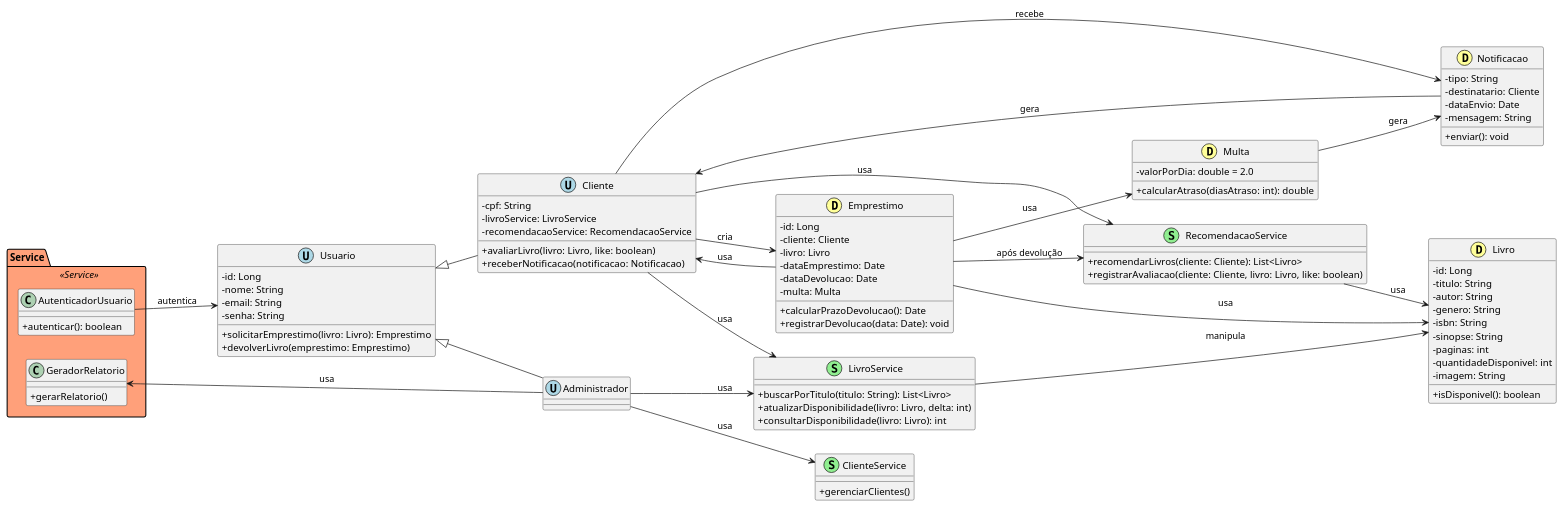
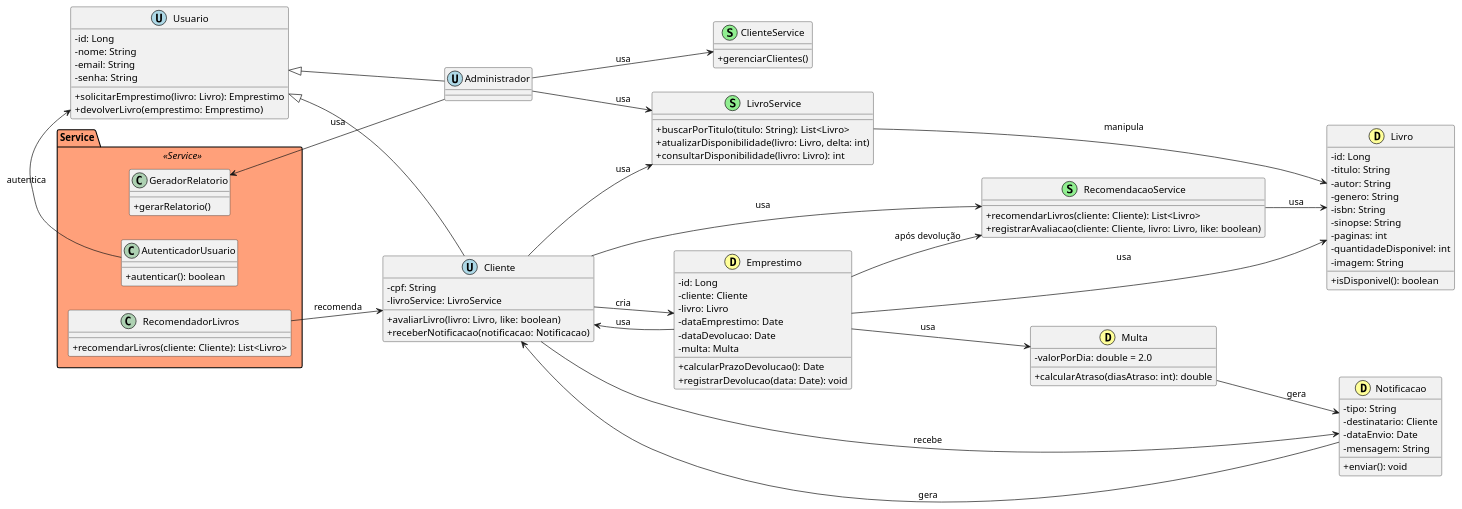
Before and after one commit to cmoiss/sistema-de-biblioteca: the diagram in docs/uml/class-diagram/class-diagram-2.0.puml, drawn with PlantUML.

Commit message:
refactor: RecomendadorLivro
Cliente não recomenda livro a si mesmo

```diff
--- a/docs/uml/class-diagram/class-diagram-2.0.puml
+++ b/docs/uml/class-diagram/class-diagram-2.0.puml
@@ -1,124 +1,129 @@
 @startuml "Diagrama de Classe"
 skinparam classAttributeIconSize 0
 left to right direction
 
 skinparam package {
     BackgroundColor<<Service>> LightSalmon
 }
 
 package "Service" <<Service>> {
     class AutenticadorUsuario {
         +autenticar(): boolean
     }
 
     class GeradorRelatorio {
         + gerarRelatorio()
+    }
+
+    class RecomendadorLivros {
+        + recomendarLivros(cliente: Cliente): List<Livro>
     }
 }
 
 ' Estilos por tipo
 ' Usuários - Azul
 class Usuario << (U,#ADD8E6) >> {
     -id: Long
     -nome: String
     -email: String
     -senha: String
     +solicitarEmprestimo(livro: Livro): Emprestimo
     +devolverLivro(emprestimo: Emprestimo)
 }
 
 class Administrador << (U,#ADD8E6) >> {
 }
 
 class Cliente << (U,#ADD8E6) >> {
     - cpf: String
     -livroService: LivroService
-    -recomendacaoService: RecomendacaoService
     +avaliarLivro(livro: Livro, like: boolean)
     +receberNotificacao(notificacao: Notificacao)
 }
 
 ' Serviços - Verde
 class LivroService << (S,#90EE90) >> {
     +buscarPorTitulo(titulo: String): List<Livro>
     +atualizarDisponibilidade(livro: Livro, delta: int)
     +consultarDisponibilidade(livro: Livro): int
 }
 
 class ClienteService << (S,#90EE90) >> {
     +gerenciarClientes()
 }
 
 class RecomendacaoService << (S,#90EE90) >> {
     +recomendarLivros(cliente: Cliente): List<Livro>
     +registrarAvaliacao(cliente: Cliente, livro: Livro, like: boolean)
 }
 
 ' Domínio - Amarelo
 class Livro << (D,#FFFF99) >> {
     -id: Long
     -titulo: String
     -autor: String
     -genero: String
     -isbn: String
     -sinopse: String
     -paginas: int
     -quantidadeDisponivel: int
     -imagem: String
     +isDisponivel(): boolean
 }
 
 class Emprestimo << (D,#FFFF99) >> {
     -id: Long
     -cliente: Cliente
     -livro: Livro
     -dataEmprestimo: Date
     -dataDevolucao: Date
     -multa: Multa
     +calcularPrazoDevolucao(): Date
     +registrarDevolucao(data: Date): void
 }
 
 class Multa << (D,#FFFF99) >> {
     -valorPorDia: double = 2.0
     +calcularAtraso(diasAtraso: int): double
 }
 
 class Notificacao << (D,#FFFF99) >> {
     -tipo: String
     -destinatario: Cliente
     -dataEnvio: Date
     -mensagem: String
     +enviar(): void
 }
 
 ' Heranças
 Usuario <|-- Administrador
 Usuario <|-- Cliente
 
 ' Relacionamentos
 AutenticadorUsuario --> Usuario : autentica
 
 Administrador --> LivroService : usa
 Administrador --> ClienteService : usa
 Administrador --> GeradorRelatorio : usa
 
 Cliente --> LivroService : usa
 Cliente --> RecomendacaoService : usa
 Cliente --> Notificacao : recebe
 Cliente --> Emprestimo : cria
 
 Emprestimo --> Livro : usa
 Emprestimo --> Cliente : usa
 Emprestimo --> Multa : usa
 Emprestimo --> RecomendacaoService : "após devolução"
 
 LivroService --> Livro : manipula
 
+RecomendadorLivros --> Cliente : recomenda
+
 Multa --> Notificacao : gera
 
 RecomendacaoService --> Livro : usa
 
 Notificacao --> Cliente : gera
 
 @enduml
```
